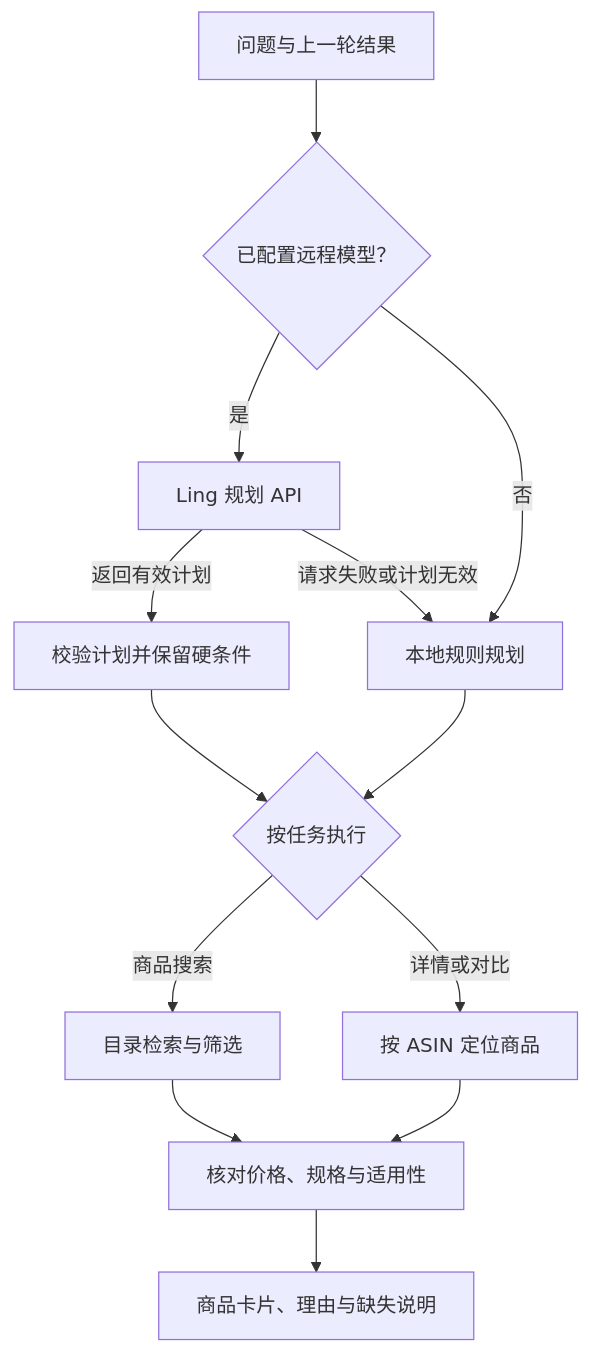
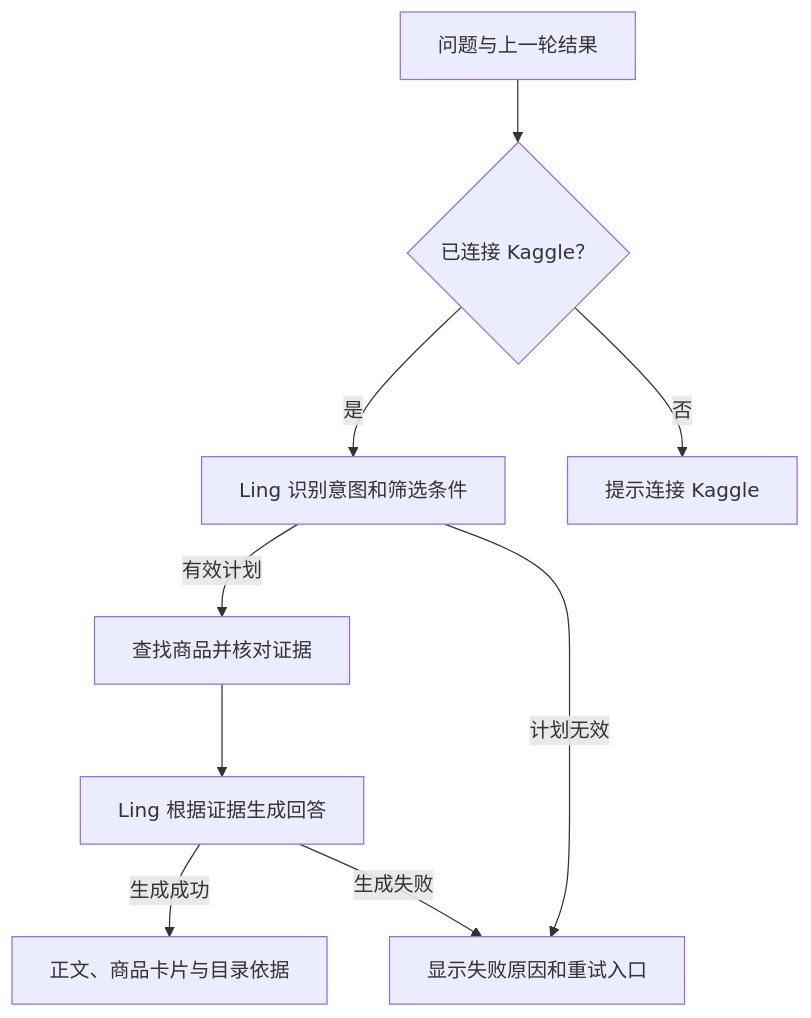
The diagram in README.md (AaronYue77/webshop-ling-rag), drawn with Mermaid before and after one commit. The commit also changed other lines of this file and 12 other files, not shown here.

First line of the commit message:
Use Kaggle Ling LoRA for question planning and answers (#1)

````diff
--- a/README.md
+++ b/README.md
@@ -60,15 +60,11 @@
 ```mermaid
 flowchart TD
-  Q["问题与上一轮结果"] --> C{"已配置远程模型？"}
-  C -->|是| L["Ling 规划 API"]
-  L -->|返回有效计划| M["校验计划并保留硬条件"]
-  L -->|请求失败或计划无效| P["本地规则规划"]
-  C -->|否| P
-  P --> R{"按任务执行"}
-  M --> R
-  R -->|商品搜索| S["目录检索与筛选"]
-  R -->|详情或对比| D["按 ASIN 定位商品"]
-  S --> V["核对价格、规格与适用性"]
-  D --> V
-  V --> A["商品卡片、理由与缺失说明"]
+  Q["问题与上一轮结果"] --> C{"已连接 Kaggle？"}
+  C -->|是| L["Ling 识别意图和筛选条件"]
+  C -->|否| P["提示连接 Kaggle"]
+  L -->|有效计划| R["查找商品并核对证据"]
+  R --> G["Ling 根据证据生成回答"]
+  G -->|生成成功| A["正文、商品卡片与目录依据"]
+  L -->|计划无效| F["显示失败原因和重试入口"]
+  G -->|生成失败| F
 ```
````
